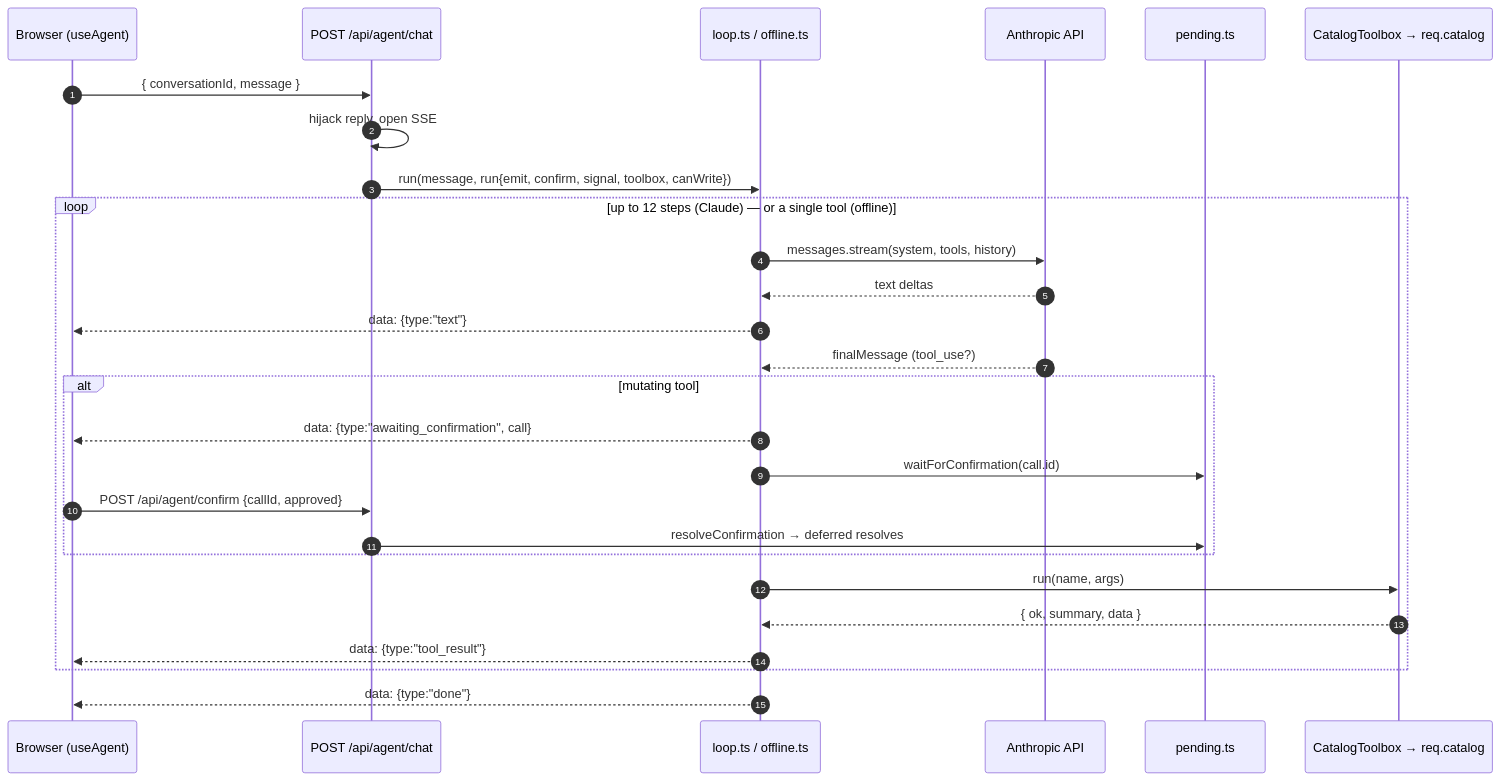
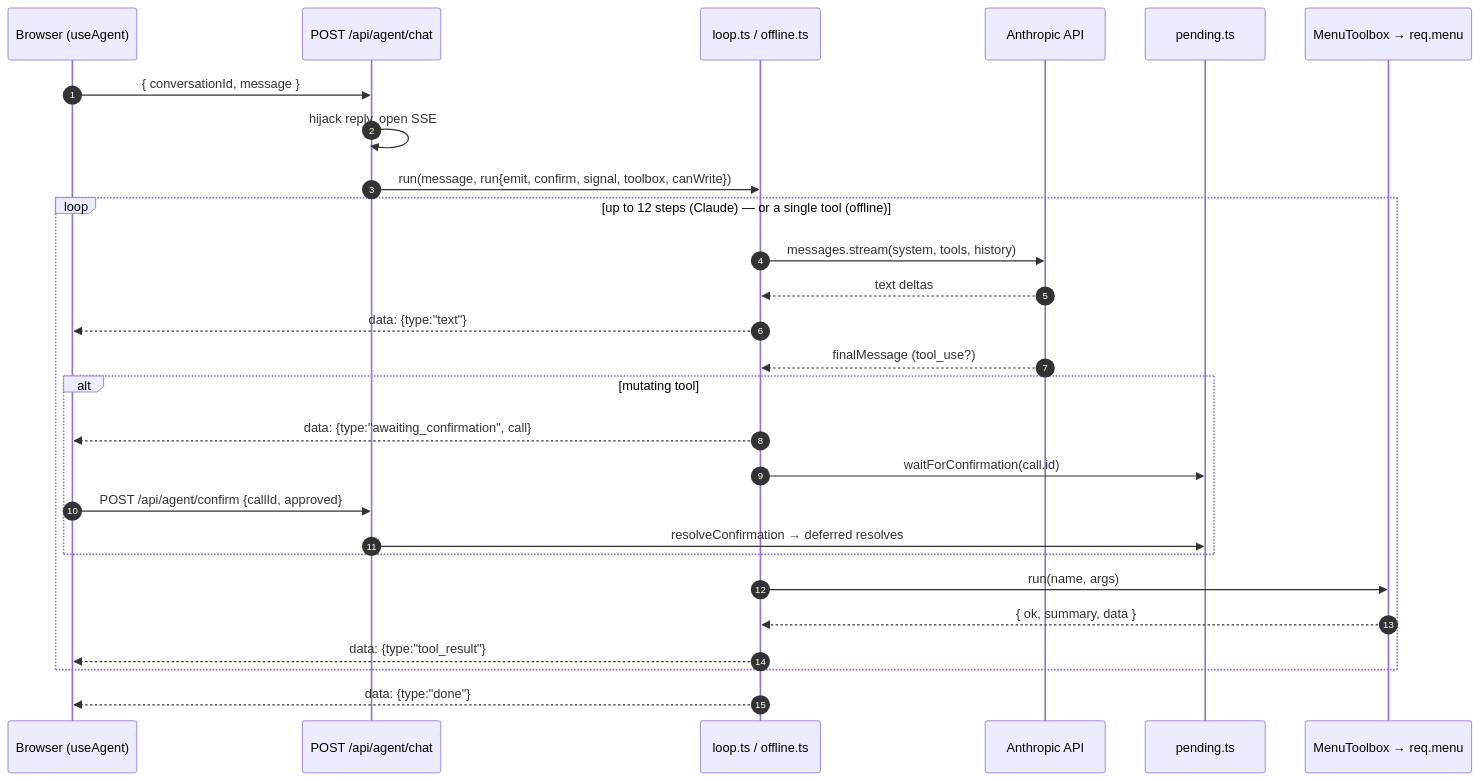
Before and after one commit to daniel-citrus/CapheVietPOS: the third of 5 diagrams in ARCHITECTURE.md, drawn with Mermaid. The commit also changed other lines of this file and 49 other files, not shown here.

````diff
--- a/ARCHITECTURE.md
+++ b/ARCHITECTURE.md
@@ -132,30 +132,30 @@
 ```mermaid
 sequenceDiagram
   autonumber
   participant U as Browser (useAgent)
   participant R as POST /api/agent/chat
   participant L as loop.ts / offline.ts
   participant API as Anthropic API
   participant P as pending.ts
-  participant TB as CatalogToolbox → req.catalog
+  participant TB as MenuToolbox → req.menu
 
   U->>R: { conversationId, message }
   R->>R: hijack reply, open SSE
   R->>L: run(message, run{emit, confirm, signal, toolbox, canWrite})
   loop up to 12 steps (Claude) — or a single tool (offline)
     L->>API: messages.stream(system, tools, history)
     API-->>L: text deltas
     L-->>U: data: {type:"text"}
     API-->>L: finalMessage (tool_use?)
     alt mutating tool
       L-->>U: data: {type:"awaiting_confirmation", call}
       L->>P: waitForConfirmation(call.id)
       U->>R: POST /api/agent/confirm {callId, approved}
       R->>P: resolveConfirmation → deferred resolves
     end
     L->>TB: run(name, args)
     TB-->>L: { ok, summary, data }
     L-->>U: data: {type:"tool_result"}
   end
   L-->>U: data: {type:"done"}
 ```
````
